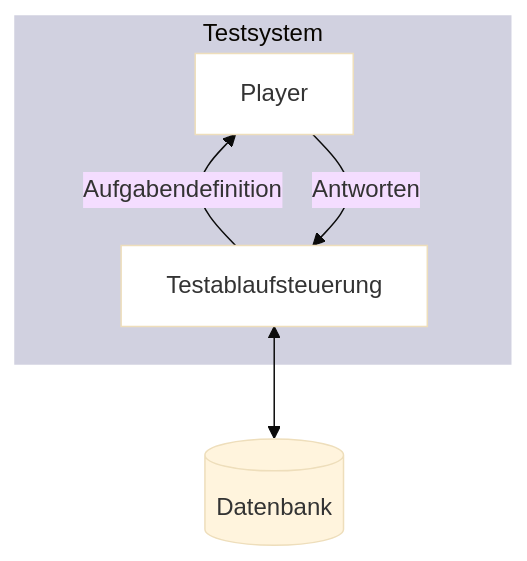
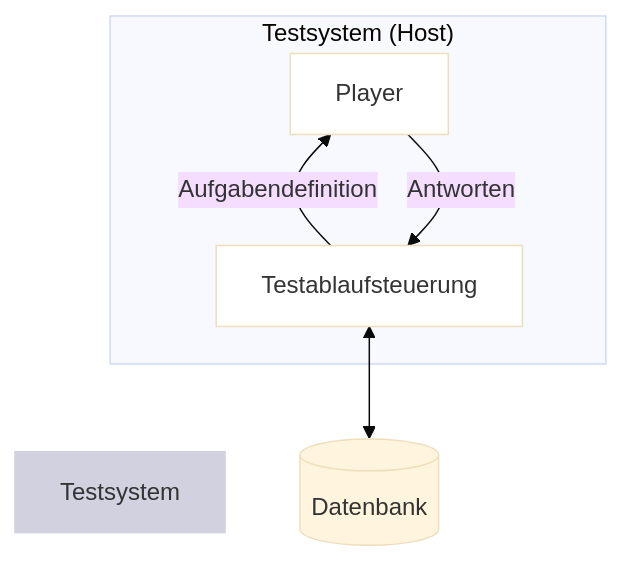
Before and after one commit to verona-interfaces/verona-interfaces.github.io: the diagram in intro/architecture.qmd, drawn with Mermaid (base theme). The commit also changed other lines of this file and 6 other files, not shown here.

````diff
--- a/intro/architecture.qmd
+++ b/intro/architecture.qmd
@@ -10,11 +12,11 @@
 ```{mermaid}
 flowchart BT
-    subgraph Testsystem
+    subgraph "Testsystem (Host)"
         TC[Testablaufsteuerung]-->|Aufgabendefinition| P[Player]
         style TC fill:white
         style P fill:white
         P-->|Antworten| TC
     end
     style Testsystem fill:#d1d1e0,stroke:#d1d1e0
     DB[(Datenbank)]<--> TC
 ```
````
